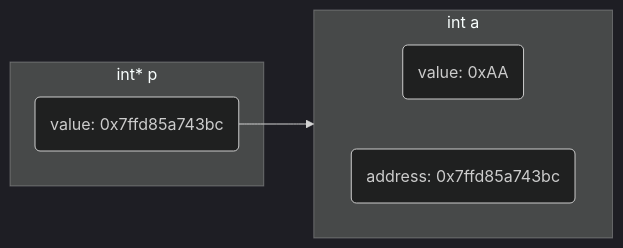
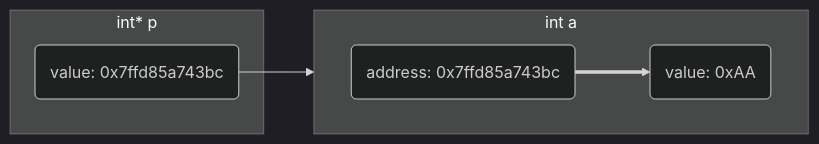
The seventh of 11 diagrams in _posts/language/c_c++/pointer/2022-01-08-指针.md (dmjcb/dmjcb.github.io), drawn with Mermaid (dark theme) before and after one commit. The commit also changed other lines of this file and 40 other files, not shown here.

````diff
--- a/_posts/language/c_c++/pointer/2022-01-08-指针.md
+++ b/_posts/language/c_c++/pointer/2022-01-08-指针.md
@@ -216,12 +223,12 @@
 ```mermaid
 graph LR;
     subgraph S1[int a]
         direction LR;
         V2(value: 0xAA)
         A2(address: 0x7ffd85a743bc)
     end
     subgraph S2[int* p]
         V1(value: 0x7ffd85a743bc)
     end
-    V1-->A2
+    V1-->A2==>V2
 ```
````
